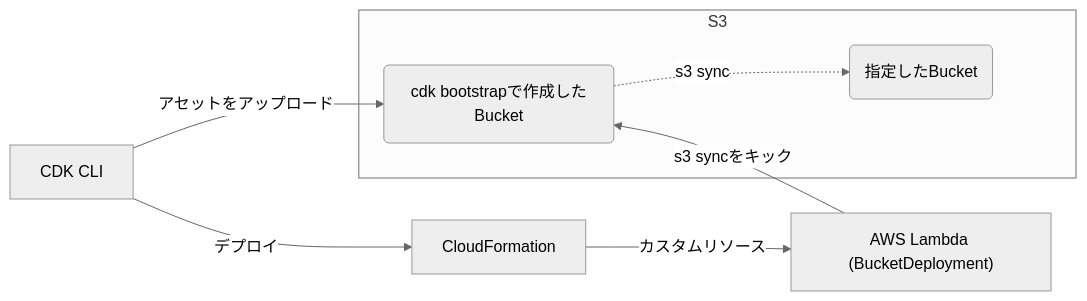
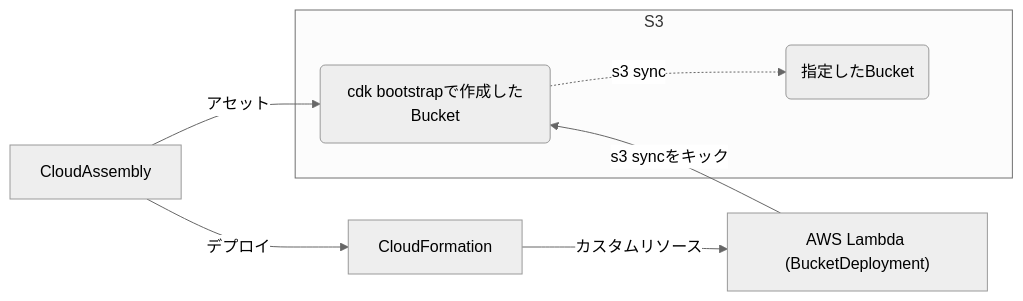
The second of 5 diagrams in slides.md (WinterYukky/slides-s3-deployment-2022-update), drawn with Mermaid (neutral theme) before and after one commit. The commit also changed other lines of this file and 4 other files, not shown here.

````diff
--- a/slides.md
+++ b/slides.md
@@ -148,11 +153,11 @@
 ```mermaid
 flowchart LR
-  CDK["CDK CLI"]--アセットをアップロード-->Staging("cdk bootstrapで作成したBucket")
+  CloudAssembly--アセット-->Staging("cdk bootstrapで作成したBucket")
   Staging ~~~ Lambda
-  CDK--デプロイ-->CloudFormation
+  CloudAssembly--デプロイ-->CloudFormation
   CloudFormation--カスタムリソース-->Lambda["AWS Lambda (BucketDeployment)"]
   subgraph S3
     Staging-."s3 sync".->Distination("指定したBucket")
   end
   Lambda--"s3 syncをキック"-->Staging
 ```
````
